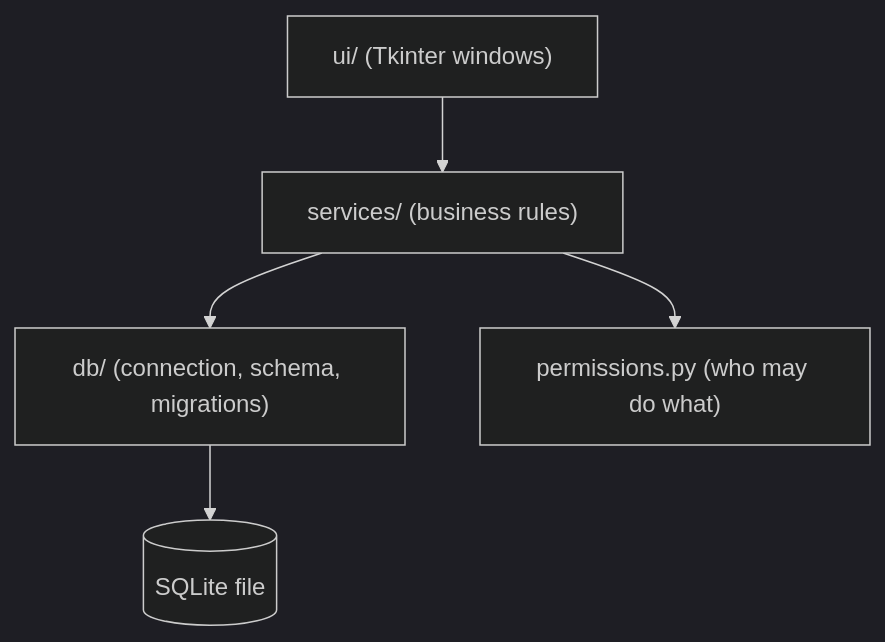
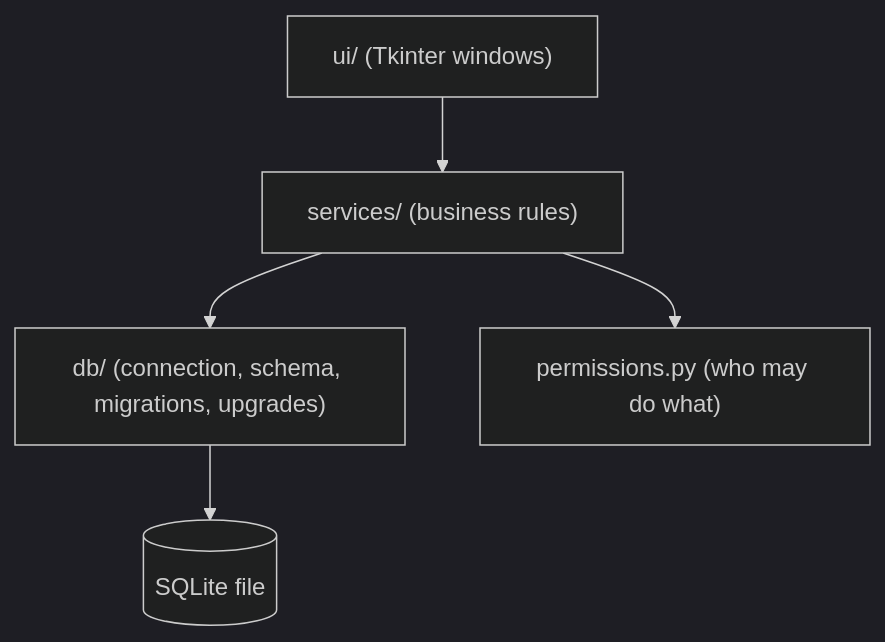
Before and after one commit to ratulhasan16961/smart-inventory-manager: the first of 2 diagrams in docs/ARCHITECTURE.md, drawn with Mermaid (dark theme). The commit also changed other lines of this file and 16 other files, not shown here.

````diff
--- a/docs/ARCHITECTURE.md
+++ b/docs/ARCHITECTURE.md
@@ -5,7 +5,7 @@
 ```mermaid
 flowchart TD
     UI["ui/ (Tkinter windows)"] --> SVC["services/ (business rules)"]
-    SVC --> DB["db/ (connection, schema, migrations)"]
+    SVC --> DB["db/ (connection, schema, migrations, upgrades)"]
     SVC --> PERM["permissions.py (who may do what)"]
     DB --> SQLITE[("SQLite file")]
 ```
````
